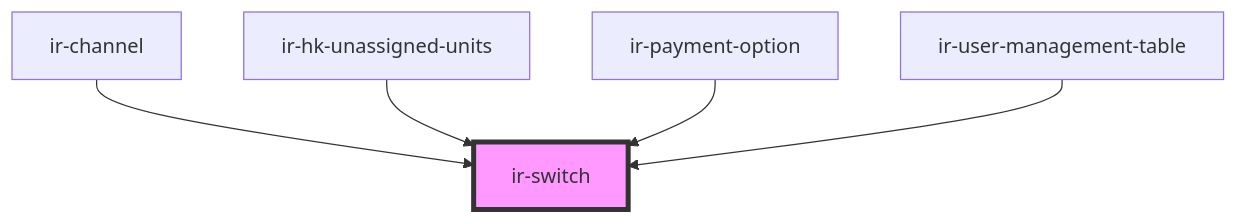
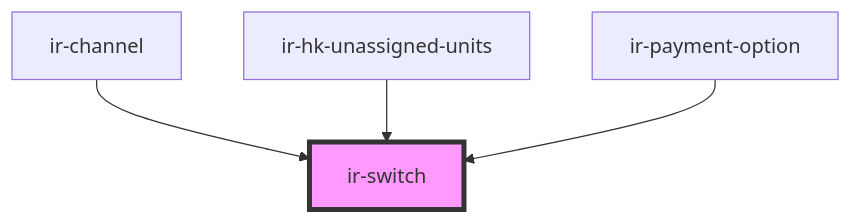
Before and after one commit to RonyRizk/ir-webcmp: the diagram in src/components/ui/ir-switch/readme.md, drawn with Mermaid. The commit also changed other lines of this file and 45 other files, not shown here.

````diff
--- a/src/components/ui/ir-switch/readme.md
+++ b/src/components/ui/ir-switch/readme.md
@@ -34,8 +33,7 @@
 ```mermaid
 graph TD;
   ir-channel --> ir-switch
   ir-hk-unassigned-units --> ir-switch
   ir-payment-option --> ir-switch
-  ir-user-management-table --> ir-switch
   style ir-switch fill:#f9f,stroke:#333,stroke-width:4px
 ```
````
